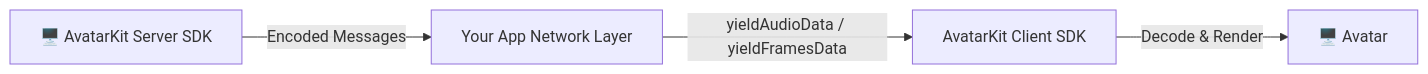
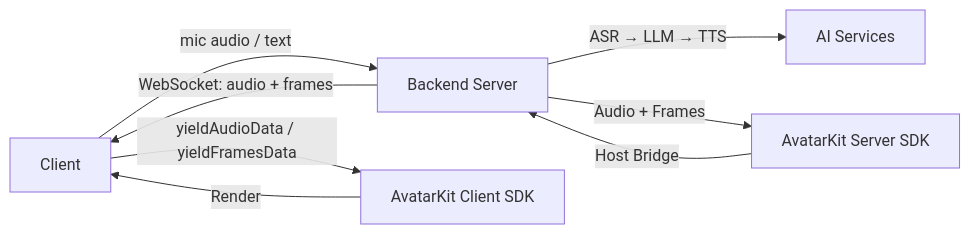
The diagram in host-mode/README.md (spatialwalk/avatarkit-voice-agent-demo), drawn with Mermaid before and after one commit. The commit also changed other lines of this file and 695 other files, not shown here.

First line of the commit message:
feat: add host-mode Android client and unified config check flow

````diff
--- a/host-mode/README.md
+++ b/host-mode/README.md
@@ -14,6 +23,10 @@
 ```mermaid
 flowchart LR
-    A["🖥️ AvatarKit Server SDK"] -->|Encoded Messages| B["Your App Network Layer"]
-    B -->|yieldAudioData / yieldFramesData| C["AvatarKit Client SDK"]
-    C -->|Decode & Render| D["🖥️ Avatar"]
+    A["Client"] -->|mic audio / text| B["Backend Server"]
+    B -->|ASR → LLM → TTS| C["AI Services"]
+    B -->|Audio + Frames| D["AvatarKit Server SDK"]
+    D -->|Host Bridge| B
+    B -->|WebSocket: audio + frames| A
+    A -->|yieldAudioData / yieldFramesData| E["AvatarKit Client SDK"]
+    E -->|Render| A
 ```
````
